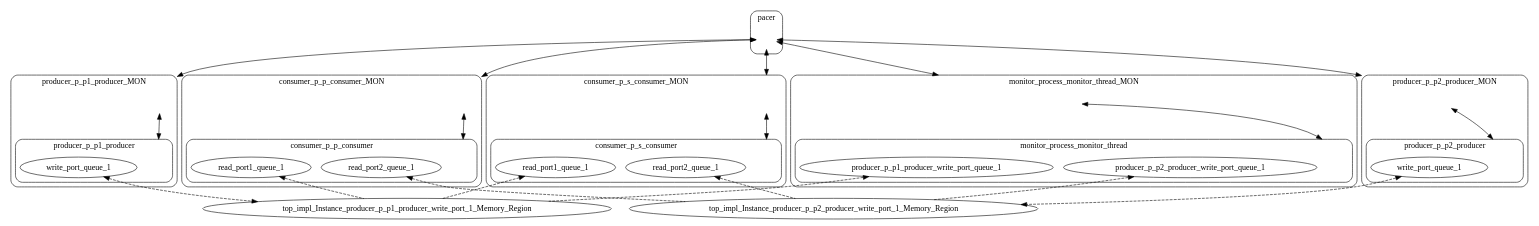
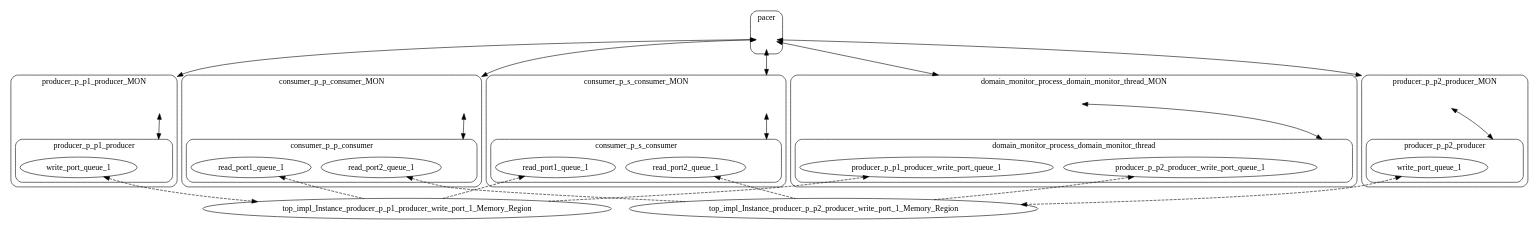
One commit to loonwerks/INSPECTA-models changed the diagram in micro-examples/microkit/aadl_port_types/event_data/struct/hamr/microkit/microkit.monitor.dot. Above: the diagram before and after it, drawn with Graphviz. The commit also changed 1186 other files, not shown here.

```diff
--- a/micro-examples/microkit/aadl_port_types/event_data/struct/hamr/microkit/microkit.monitor.dot
+++ b/micro-examples/microkit/aadl_port_types/event_data/struct/hamr/microkit/microkit.monitor.dot
@@ -1,113 +1,113 @@
 digraph microkit {
   compound=true;
 
   // Do not edit this file as it will be overwritten if HAMR codegen is rerun
 
   // protection domains
   graph [style=rounded]
   subgraph cluster_producer_p_p1_producer_MON {
     label = "producer_p_p1_producer_MON";
     producer_p_p1_producer_MON_INVIS [label="", style=invis, width=.5, height=.5, fixedsize=true]
 
     graph [style=rounded]
     subgraph cluster_producer_p_p1_producer {
       label = "producer_p_p1_producer";
       producer_p_p1_producer_INVIS [label="", style=invis, width=.5, height=.5, fixedsize=true]
 
       pd_producer_p_p1_producer_write_port_queue_1 [label=write_port_queue_1];
     }
   }
 
   graph [style=rounded]
   subgraph cluster_producer_p_p2_producer_MON {
     label = "producer_p_p2_producer_MON";
     producer_p_p2_producer_MON_INVIS [label="", style=invis, width=.5, height=.5, fixedsize=true]
 
     graph [style=rounded]
     subgraph cluster_producer_p_p2_producer {
       label = "producer_p_p2_producer";
       producer_p_p2_producer_INVIS [label="", style=invis, width=.5, height=.5, fixedsize=true]
 
       pd_producer_p_p2_producer_write_port_queue_1 [label=write_port_queue_1];
     }
   }
 
   graph [style=rounded]
   subgraph cluster_consumer_p_p_consumer_MON {
     label = "consumer_p_p_consumer_MON";
     consumer_p_p_consumer_MON_INVIS [label="", style=invis, width=.5, height=.5, fixedsize=true]
 
     graph [style=rounded]
     subgraph cluster_consumer_p_p_consumer {
       label = "consumer_p_p_consumer";
       consumer_p_p_consumer_INVIS [label="", style=invis, width=.5, height=.5, fixedsize=true]
 
       pd_consumer_p_p_consumer_read_port1_queue_1 [label=read_port1_queue_1];
       pd_consumer_p_p_consumer_read_port2_queue_1 [label=read_port2_queue_1];
     }
   }
 
   graph [style=rounded]
   subgraph cluster_consumer_p_s_consumer_MON {
     label = "consumer_p_s_consumer_MON";
     consumer_p_s_consumer_MON_INVIS [label="", style=invis, width=.5, height=.5, fixedsize=true]
 
     graph [style=rounded]
     subgraph cluster_consumer_p_s_consumer {
       label = "consumer_p_s_consumer";
       consumer_p_s_consumer_INVIS [label="", style=invis, width=.5, height=.5, fixedsize=true]
 
       pd_consumer_p_s_consumer_read_port1_queue_1 [label=read_port1_queue_1];
       pd_consumer_p_s_consumer_read_port2_queue_1 [label=read_port2_queue_1];
     }
   }
 
   graph [style=rounded]
-  subgraph cluster_monitor_process_monitor_thread_MON {
-    label = "monitor_process_monitor_thread_MON";
-    monitor_process_monitor_thread_MON_INVIS [label="", style=invis, width=.5, height=.5, fixedsize=true]
+  subgraph cluster_domain_monitor_process_domain_monitor_thread_MON {
+    label = "domain_monitor_process_domain_monitor_thread_MON";
+    domain_monitor_process_domain_monitor_thread_MON_INVIS [label="", style=invis, width=.5, height=.5, fixedsize=true]
 
     graph [style=rounded]
-    subgraph cluster_monitor_process_monitor_thread {
-      label = "monitor_process_monitor_thread";
-      monitor_process_monitor_thread_INVIS [label="", style=invis, width=.5, height=.5, fixedsize=true]
+    subgraph cluster_domain_monitor_process_domain_monitor_thread {
+      label = "domain_monitor_process_domain_monitor_thread";
+      domain_monitor_process_domain_monitor_thread_INVIS [label="", style=invis, width=.5, height=.5, fixedsize=true]
 
-      pd_monitor_process_monitor_thread_producer_p_p1_producer_write_port_queue_1 [label=producer_p_p1_producer_write_port_queue_1];
-      pd_monitor_process_monitor_thread_producer_p_p2_producer_write_port_queue_1 [label=producer_p_p2_producer_write_port_queue_1];
+      pd_domain_monitor_process_domain_monitor_thread_producer_p_p1_producer_write_port_queue_1 [label=producer_p_p1_producer_write_port_queue_1];
+      pd_domain_monitor_process_domain_monitor_thread_producer_p_p2_producer_write_port_queue_1 [label=producer_p_p2_producer_write_port_queue_1];
     }
   }
 
   graph [style=rounded]
   subgraph cluster_pacer {
     label = "pacer";
     pacer_INVIS [label="", style=invis, width=.5, height=.5, fixedsize=true]
 
   }
 
   // memory regions
   top_impl_Instance_producer_p_p1_producer_write_port_1_Memory_Region;
 
   top_impl_Instance_producer_p_p2_producer_write_port_1_Memory_Region;
 
   // channels
   pacer_INVIS -> producer_p_p1_producer_MON_INVIS [lhead=cluster_producer_p_p1_producer_MON, minlen=2, dir=both];
   producer_p_p1_producer_MON_INVIS -> producer_p_p1_producer_INVIS [lhead=cluster_producer_p_p1_producer, minlen=2, dir=both];
   pacer_INVIS -> producer_p_p2_producer_MON_INVIS [lhead=cluster_producer_p_p2_producer_MON, minlen=2, dir=both];
   producer_p_p2_producer_MON_INVIS -> producer_p_p2_producer_INVIS [lhead=cluster_producer_p_p2_producer, minlen=2, dir=both];
   pacer_INVIS -> consumer_p_p_consumer_MON_INVIS [lhead=cluster_consumer_p_p_consumer_MON, minlen=2, dir=both];
   consumer_p_p_consumer_MON_INVIS -> consumer_p_p_consumer_INVIS [lhead=cluster_consumer_p_p_consumer, minlen=2, dir=both];
   pacer_INVIS -> consumer_p_s_consumer_MON_INVIS [lhead=cluster_consumer_p_s_consumer_MON, minlen=2, dir=both];
   consumer_p_s_consumer_MON_INVIS -> consumer_p_s_consumer_INVIS [lhead=cluster_consumer_p_s_consumer, minlen=2, dir=both];
-  pacer_INVIS -> monitor_process_monitor_thread_MON_INVIS [lhead=cluster_monitor_process_monitor_thread_MON, minlen=2, dir=both];
-  monitor_process_monitor_thread_MON_INVIS -> monitor_process_monitor_thread_INVIS [lhead=cluster_monitor_process_monitor_thread, minlen=2, dir=both];
+  pacer_INVIS -> domain_monitor_process_domain_monitor_thread_MON_INVIS [lhead=cluster_domain_monitor_process_domain_monitor_thread_MON, minlen=2, dir=both];
+  domain_monitor_process_domain_monitor_thread_MON_INVIS -> domain_monitor_process_domain_monitor_thread_INVIS [lhead=cluster_domain_monitor_process_domain_monitor_thread, minlen=2, dir=both];
 
   // shared memory mappings
   pd_producer_p_p1_producer_write_port_queue_1 -> top_impl_Instance_producer_p_p1_producer_write_port_1_Memory_Region [dir=both, style=dashed];
   pd_producer_p_p2_producer_write_port_queue_1 -> top_impl_Instance_producer_p_p2_producer_write_port_1_Memory_Region [dir=both, style=dashed];
   pd_consumer_p_p_consumer_read_port1_queue_1 -> top_impl_Instance_producer_p_p1_producer_write_port_1_Memory_Region [dir=back, style=dashed];
   pd_consumer_p_p_consumer_read_port2_queue_1 -> top_impl_Instance_producer_p_p2_producer_write_port_1_Memory_Region [dir=back, style=dashed];
   pd_consumer_p_s_consumer_read_port1_queue_1 -> top_impl_Instance_producer_p_p1_producer_write_port_1_Memory_Region [dir=back, style=dashed];
   pd_consumer_p_s_consumer_read_port2_queue_1 -> top_impl_Instance_producer_p_p2_producer_write_port_1_Memory_Region [dir=back, style=dashed];
-  pd_monitor_process_monitor_thread_producer_p_p1_producer_write_port_queue_1 -> top_impl_Instance_producer_p_p1_producer_write_port_1_Memory_Region [dir=back, style=dashed];
-  pd_monitor_process_monitor_thread_producer_p_p2_producer_write_port_queue_1 -> top_impl_Instance_producer_p_p2_producer_write_port_1_Memory_Region [dir=back, style=dashed];
+  pd_domain_monitor_process_domain_monitor_thread_producer_p_p1_producer_write_port_queue_1 -> top_impl_Instance_producer_p_p1_producer_write_port_1_Memory_Region [dir=back, style=dashed];
+  pd_domain_monitor_process_domain_monitor_thread_producer_p_p2_producer_write_port_queue_1 -> top_impl_Instance_producer_p_p2_producer_write_port_1_Memory_Region [dir=back, style=dashed];
 }
```
